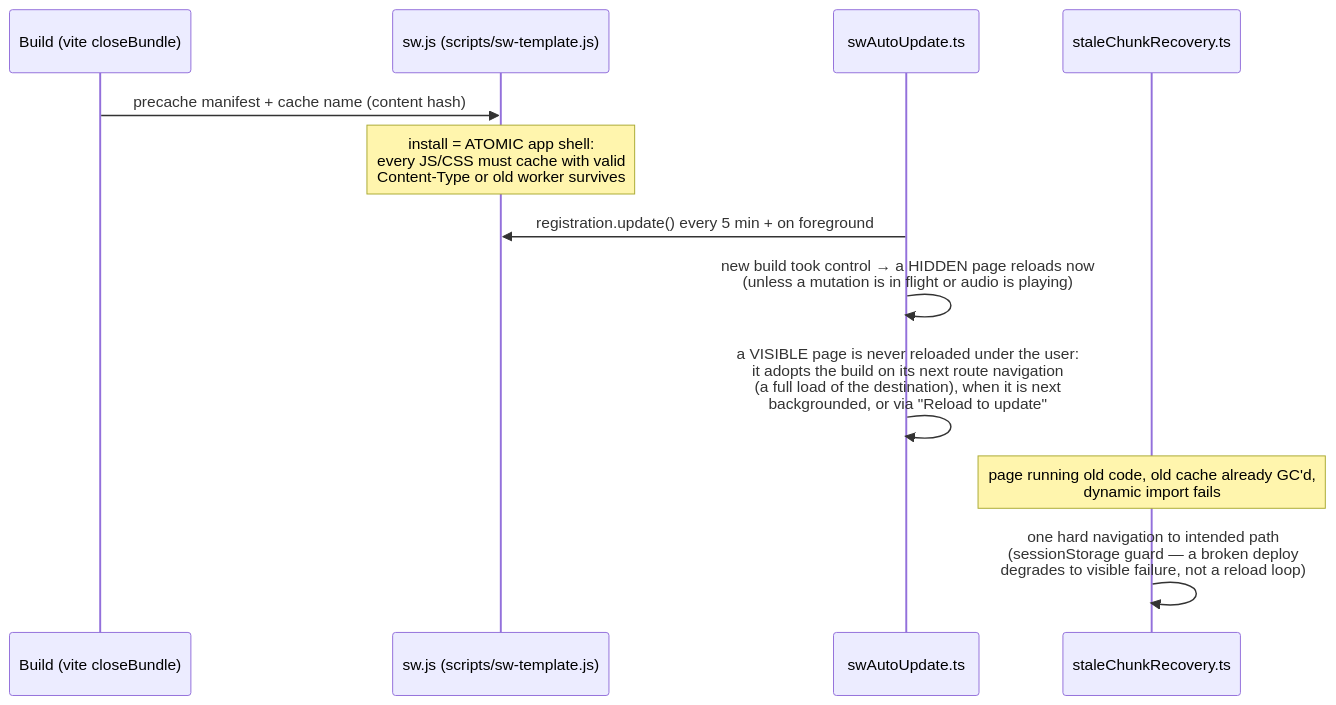
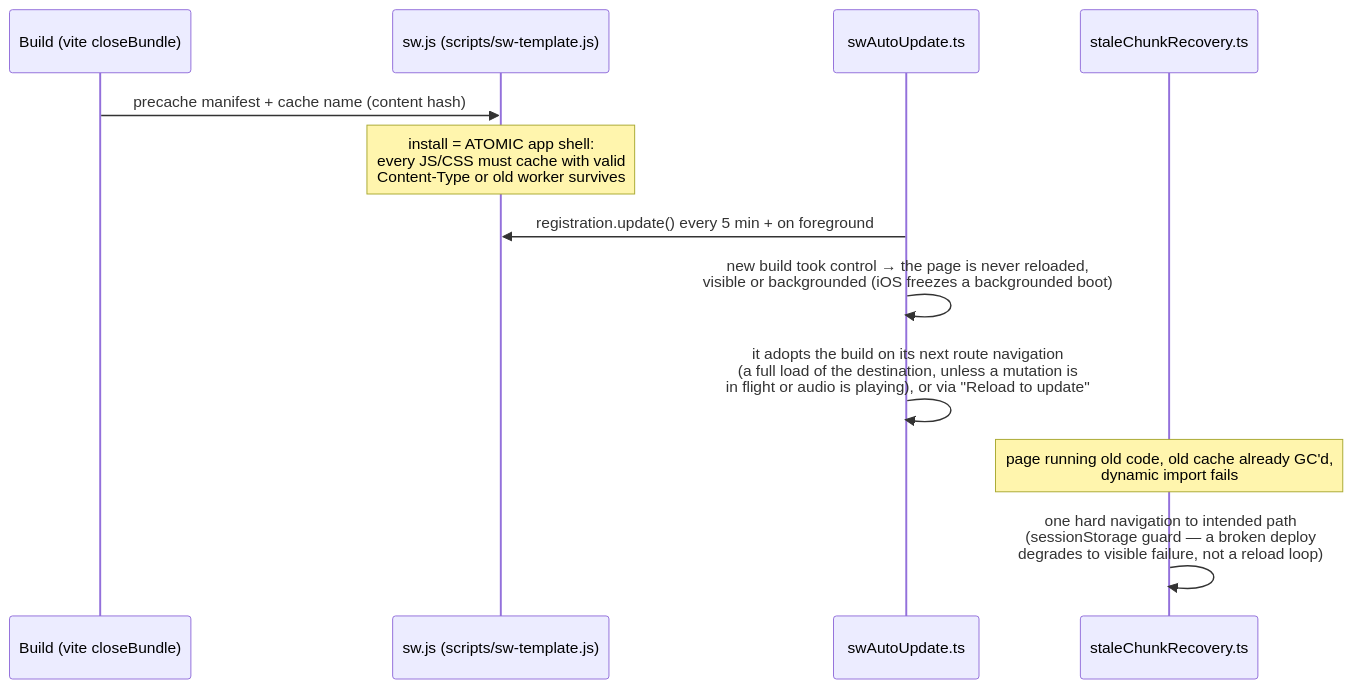
The fourth of 4 diagrams in context/architecture/internal.md (irongollem/grimoire), drawn with Mermaid before and after one commit. The commit also changed other lines of this file and 12 other files, not shown here.

````diff
--- a/context/architecture/internal.md
+++ b/context/architecture/internal.md
@@ -168,15 +168,15 @@
 ```mermaid
 sequenceDiagram
     participant B as Build (vite closeBundle)
     participant SW as sw.js (scripts/sw-template.js)
     participant A as swAutoUpdate.ts
     participant R as staleChunkRecovery.ts
 
     B->>SW: precache manifest + cache name (content hash)
     Note over SW: install = ATOMIC app shell:<br/>every JS/CSS must cache with valid<br/>Content-Type or old worker survives
     A->>SW: registration.update() every 5 min + on foreground
-    A->>A: new build took control → a HIDDEN page reloads now<br/>(unless a mutation is in flight or audio is playing)
-    A->>A: a VISIBLE page is never reloaded under the user:<br/>it adopts the build on its next route navigation<br/>(a full load of the destination), when it is next<br/>backgrounded, or via "Reload to update"
+    A->>A: new build took control → the page is never reloaded,<br/>visible or backgrounded (iOS freezes a backgrounded boot)
+    A->>A: it adopts the build on its next route navigation<br/>(a full load of the destination, unless a mutation is<br/>in flight or audio is playing), or via "Reload to update"
     Note over R: page running old code, old cache already GC'd,<br/>dynamic import fails
     R->>R: one hard navigation to intended path<br/>(sessionStorage guard — a broken deploy<br/>degrades to visible failure, not a reload loop)
 ```
````
